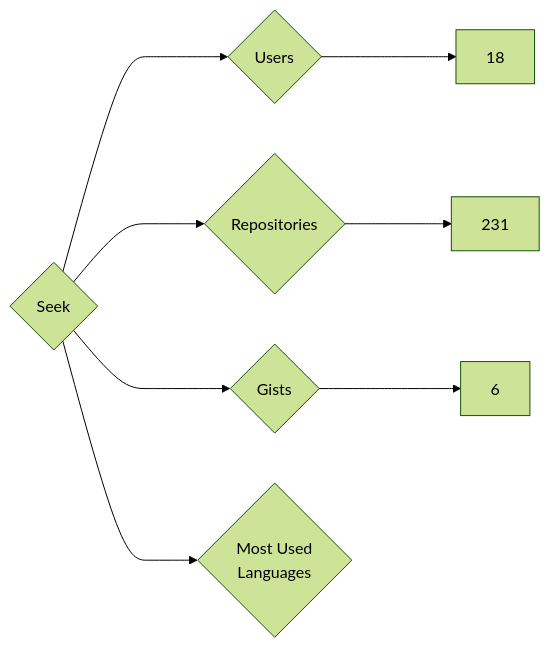
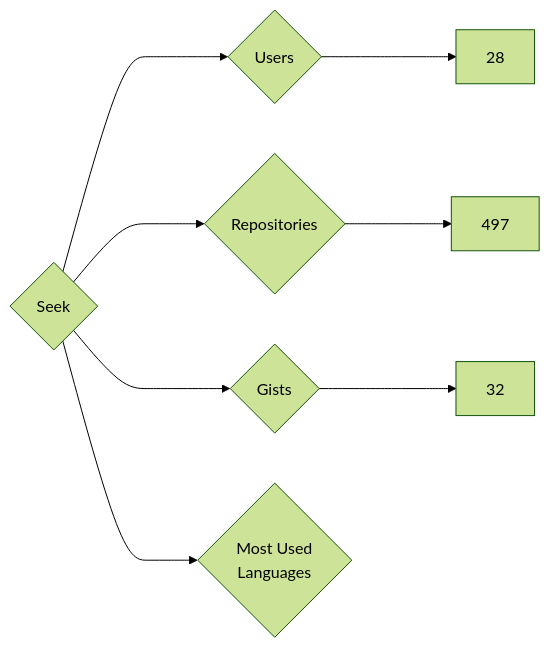
The diagram in targets/Seek/README.md (nenadzaric/insiders), drawn with Mermaid (forest theme) before and after one commit. The commit also changed 1342 other files, not shown here.

````diff
--- a/targets/Seek/README.md
+++ b/targets/Seek/README.md
@@ -3,8 +3,8 @@
 ```mermaid
 graph LR
 COMPANY_NAME{Seek}
-COMPANY_NAME ---> U{Users} ---> UN[18]
-COMPANY_NAME ---> R{Repositories} ---> RN[231]
-COMPANY_NAME ---> G{Gists} ---> GN[6]
+COMPANY_NAME ---> U{Users} ---> UN[28]
+COMPANY_NAME ---> R{Repositories} ---> RN[497]
+COMPANY_NAME ---> G{Gists} ---> GN[32]
 COMPANY_NAME ---> ML{Most Used<br>Languages}
 ```
````
